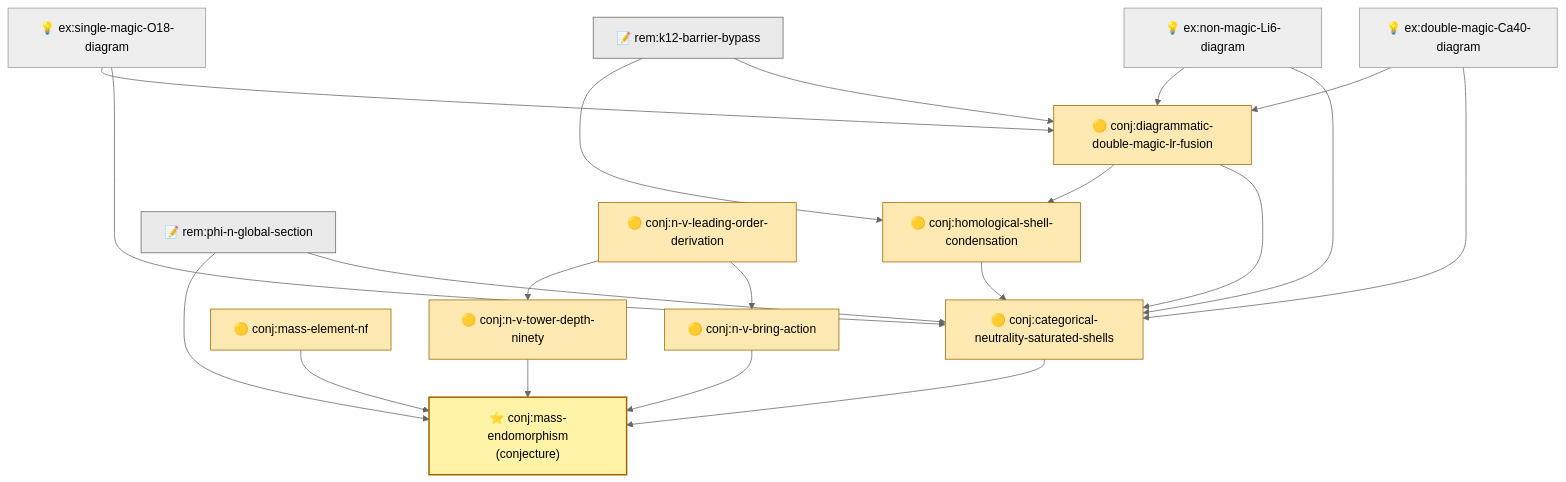
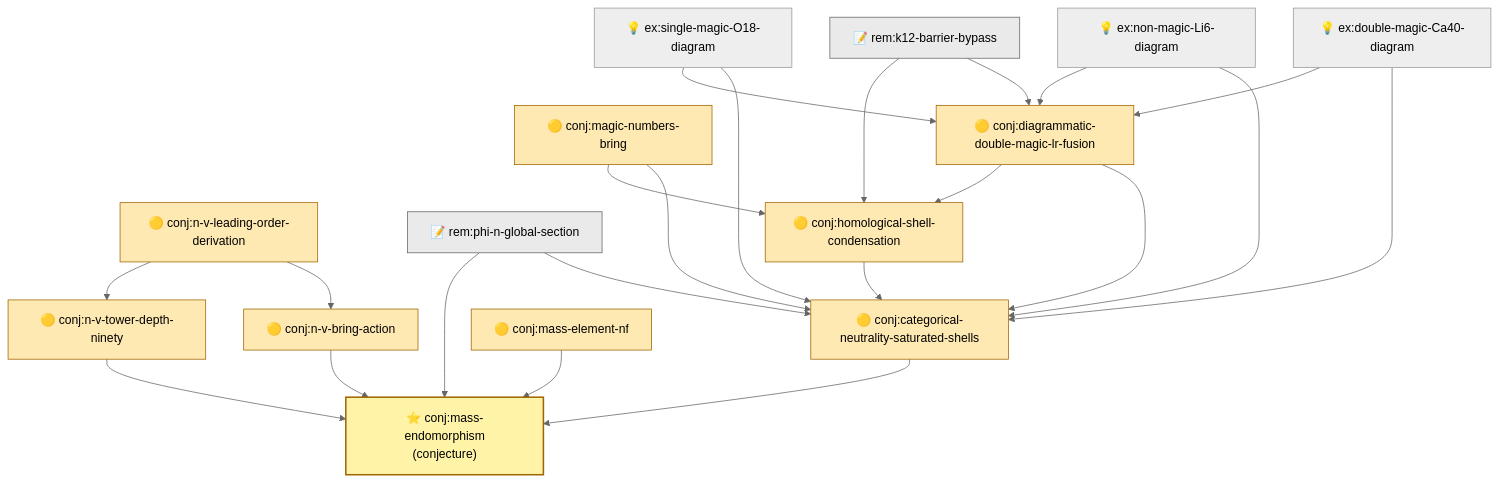
One commit to litlfred/qou changed the first of 4 diagrams in docs/audits/conjecture-cones.md. Above: the diagram before and after it, drawn with Mermaid (neutral theme). The commit also changed other lines of this file and 16 other files, not shown here.

````diff
--- a/docs/audits/conjecture-cones.md
+++ b/docs/audits/conjecture-cones.md
@@ -63,40 +58,43 @@
 ```mermaid
 graph TD
-    conj_homological_shell_condensation["🟡 conj:homological-shell-condensation"]:::conj
+    ex_non_magic_Li6_diagram["💡 ex:non-magic-Li6-diagram"]
+    conj_n_v_leading_order_derivation["🟡 conj:n-v-leading-order-derivation"]:::conj
+    conj_n_v_tower_depth_ninety["🟡 conj:n-v-tower-depth-ninety"]:::conj
+    conj_n_v_bring_action["🟡 conj:n-v-bring-action"]:::conj
+    conj_mass_endomorphism["⭐ conj:mass-endomorphism<br/>(conjecture)"]:::seed
+    ex_single_magic_O18_diagram["💡 ex:single-magic-O18-diagram"]
     conj_categorical_neutrality_saturated_shells["🟡 conj:categorical-neutrality-saturated-shells"]:::conj
     conj_mass_element_nf["🟡 conj:mass-element-nf"]:::conj
-    conj_n_v_tower_depth_ninety["🟡 conj:n-v-tower-depth-ninety"]:::conj
-    ex_non_magic_Li6_diagram["💡 ex:non-magic-Li6-diagram"]
-    conj_mass_endomorphism["⭐ conj:mass-endomorphism<br/>(conjecture)"]:::seed
+    conj_magic_numbers_bring["🟡 conj:magic-numbers-bring"]:::conj
+    ex_double_magic_Ca40_diagram["💡 ex:double-magic-Ca40-diagram"]
+    rem_k12_barrier_bypass["📝 rem:k12-barrier-bypass"]:::rem
+    rem_phi_n_global_section["📝 rem:phi-n-global-section"]:::rem
+    conj_homological_shell_condensation["🟡 conj:homological-shell-condensation"]:::conj
     conj_diagrammatic_double_magic_lr_fusion["🟡 conj:diagrammatic-double-magic-lr-fusion"]:::conj
-    ex_double_magic_Ca40_diagram["💡 ex:double-magic-Ca40-diagram"]
-    rem_phi_n_global_section["📝 rem:phi-n-global-section"]:::rem
-    conj_n_v_bring_action["🟡 conj:n-v-bring-action"]:::conj
-    ex_single_magic_O18_diagram["💡 ex:single-magic-O18-diagram"]
-    rem_k12_barrier_bypass["📝 rem:k12-barrier-bypass"]:::rem
-    conj_n_v_leading_order_derivation["🟡 conj:n-v-leading-order-derivation"]:::conj
     conj_categorical_neutrality_saturated_shells --> conj_mass_endomorphism
     conj_diagrammatic_double_magic_lr_fusion --> conj_categorical_neutrality_saturated_shells
     conj_diagrammatic_double_magic_lr_fusion --> conj_homological_shell_condensation
     conj_homological_shell_condensation --> conj_categorical_neutrality_saturated_shells
+    conj_magic_numbers_bring --> conj_categorical_neutrality_saturated_shells
+    conj_magic_numbers_bring --> conj_homological_shell_condensation
     conj_mass_element_nf --> conj_mass_endomorphism
     conj_n_v_bring_action --> conj_mass_endomorphism
     conj_n_v_leading_order_derivation --> conj_n_v_bring_action
     conj_n_v_leading_order_derivation --> conj_n_v_tower_depth_ninety
     conj_n_v_tower_depth_ninety --> conj_mass_endomorphism
     ex_double_magic_Ca40_diagram --> conj_categorical_neutrality_saturated_shells
     ex_double_magic_Ca40_diagram --> conj_diagrammatic_double_magic_lr_fusion
     ex_non_magic_Li6_diagram --> conj_categorical_neutrality_saturated_shells
     ex_non_magic_Li6_diagram --> conj_diagrammatic_double_magic_lr_fusion
     ex_single_magic_O18_diagram --> conj_categorical_neutrality_saturated_shells
     ex_single_magic_O18_diagram --> conj_diagrammatic_double_magic_lr_fusion
     rem_k12_barrier_bypass --> conj_diagrammatic_double_magic_lr_fusion
     rem_k12_barrier_bypass --> conj_homological_shell_condensation
     rem_phi_n_global_section --> conj_categorical_neutrality_saturated_shells
     rem_phi_n_global_section --> conj_mass_endomorphism
     classDef seed fill:#fff3a8,stroke:#a06400,stroke-width:2px;
     classDef conj fill:#ffe9b3,stroke:#a06400;
     classDef prov fill:#cfe2f3,stroke:#1a4e8a;
     classDef rem fill:#eaeaea,stroke:#666;
     classDef def fill:#d9ead3,stroke:#274e13;
 ```
````
